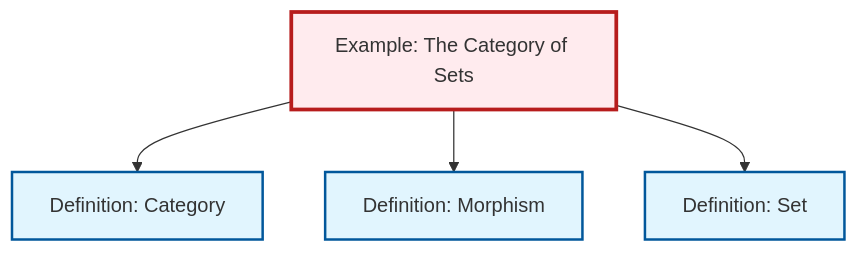
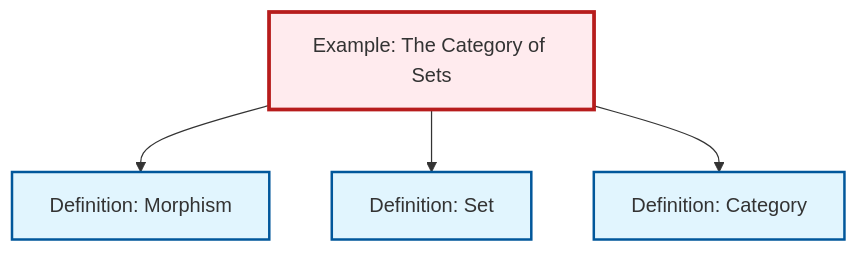
The diagram in content/ja/category-theory/ex-set-category.qmd (RK0429/ModernMath), drawn with Mermaid before and after one commit. The commit also changed other lines of this file and 531 other files, not shown here.

````diff
--- a/content/ja/category-theory/ex-set-category.qmd
+++ b/content/ja/category-theory/ex-set-category.qmd
@@ -69,20 +69,20 @@
 ```{mermaid}
 %%| fig-cap: "Local dependency graph"
 graph TD
     classDef definition fill:#e1f5fe,stroke:#01579b,stroke-width:2px
     classDef theorem fill:#f3e5f5,stroke:#4a148c,stroke-width:2px
     classDef axiom fill:#fff3e0,stroke:#e65100,stroke-width:2px
     classDef example fill:#e8f5e9,stroke:#1b5e20,stroke-width:2px
     classDef current fill:#ffebee,stroke:#b71c1c,stroke-width:3px
+    def-morphism["Definition: Morphism"]:::definition
     def-set["Definition: Set"]:::definition
-    def-morphism["Definition: Morphism"]:::definition
     ex-set-category["Example: The Category of Sets"]:::example
     def-category["Definition: Category"]:::definition
-    ex-set-category --> def-category
     ex-set-category --> def-morphism
     ex-set-category --> def-set
+    ex-set-category --> def-category
     class ex-set-category current
+    click def-morphism "def-morphism.html" "Definition: Morphismへ"
     click def-set "def-set.html" "Definition: Setへ"
-    click def-morphism "def-morphism.html" "Definition: Morphismへ"
     click def-category "def-category.html" "Definition: Categoryへ"
 ```
````
